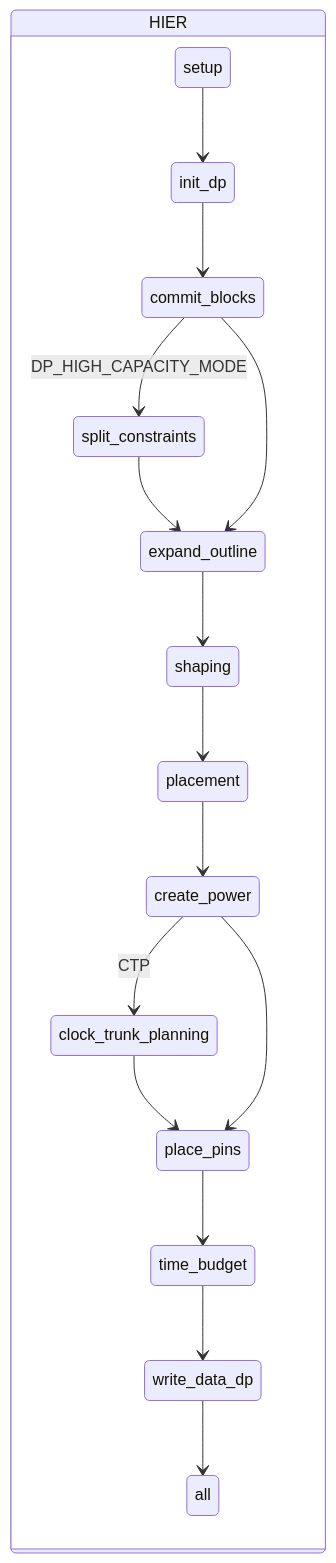
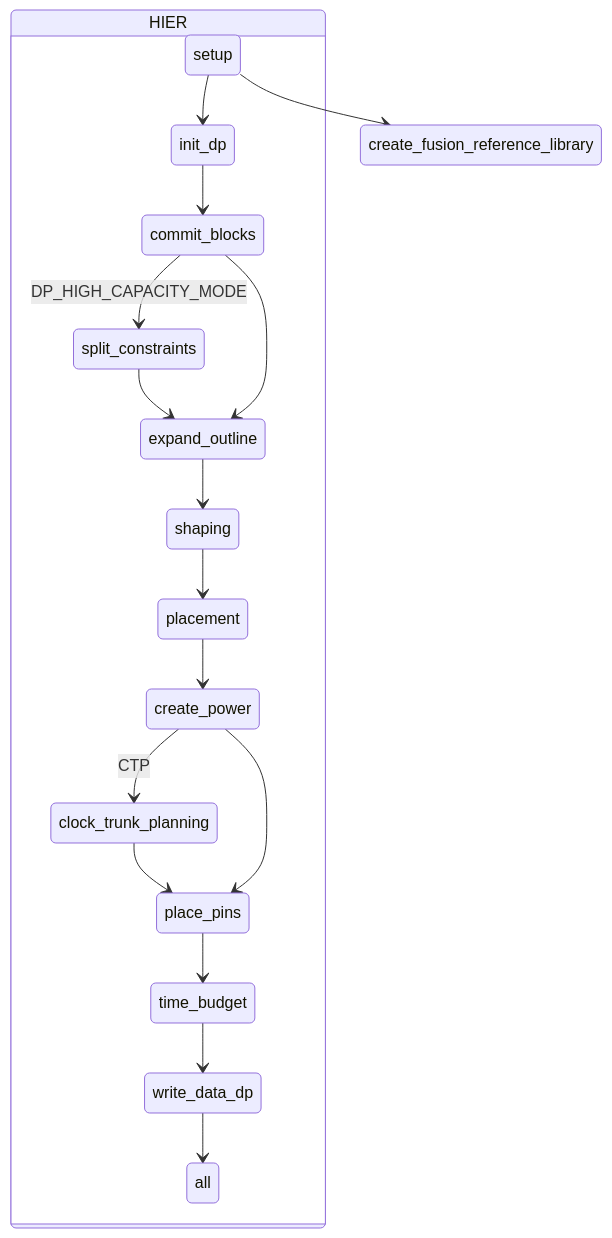
The third of 4 diagrams in ICC2DP.md (plusisland/ICC2), drawn with Mermaid before and after one commit. The commit also changed other lines of this file, not shown here.

````diff
--- a/ICC2DP.md
+++ b/ICC2DP.md
@@ -52,19 +98,20 @@
 ```mermaid
 stateDiagram-v2
+    setup --> create_fusion_reference_library
 state HIER {	
     setup --> init_dp
     init_dp --> commit_blocks
     commit_blocks --> split_constraints:DP_HIGH_CAPACITY_MODE
     split_constraints --> expand_outline
     commit_blocks --> expand_outline
     expand_outline --> shaping
     shaping --> placement
     placement --> create_power
     create_power --> clock_trunk_planning:CTP
     clock_trunk_planning --> place_pins
     create_power --> place_pins
     place_pins --> time_budget
     time_budget --> write_data_dp
     write_data_dp --> all
 }
 ```
````
